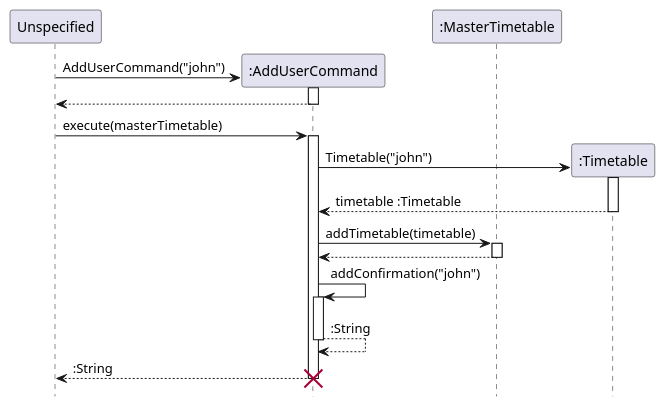
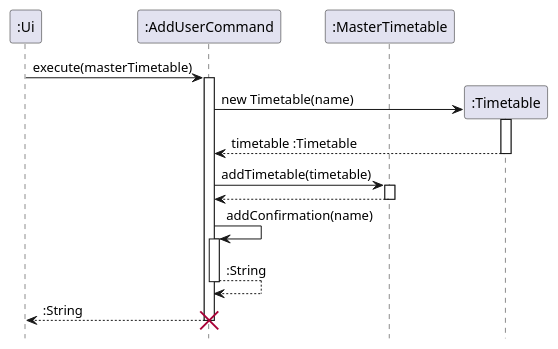
One commit to nus-cs2113-AY2122S2/tp changed the diagram in docs/diagrams/AddUserCommandSequenceDiagram.puml. Above: the diagram before and after it, drawn with PlantUML. The commit also changed 7 other files, not shown here.

Commit message:
Update sequence diagram

```diff
--- a/docs/diagrams/AddUserCommandSequenceDiagram.puml
+++ b/docs/diagrams/AddUserCommandSequenceDiagram.puml
@@ -1,37 +1,31 @@
 @startuml
 hide footbox
 
-participant "Unspecified" as none
+participant ":Ui" as Ui
 participant ":AddUserCommand" as Command
 participant ":MasterTimetable" as Master
 participant ":Timetable" as Timetable
 
-create Command
-none -> Command : AddUserCommand("john")
-activate Command
-none <-- Command :
-deactivate Command
-
-none -> Command : execute(masterTimetable)
+Ui -> Command : execute(masterTimetable)
 activate Command
 create Timetable
-Command -> Timetable : Timetable("john")
+Command -> Timetable : new Timetable(name)
 activate Timetable
 Command <-- Timetable : timetable :Timetable
 deactivate Timetable
 
 Command ->  Master : addTimetable(timetable)
 activate Master
 Command <-- Master
 deactivate Master
 
-Command -> Command : addConfirmation("john")
+Command -> Command : addConfirmation(name)
 activate Command
 Command --> Command : :String
 deactivate Command
 
-none <-- Command : :String
+Ui <-- Command : :String
 deactivate Command
 destroy Command
 
 @enduml
```
